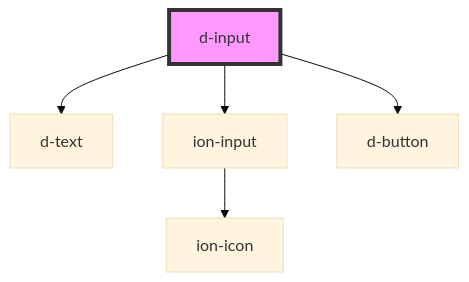
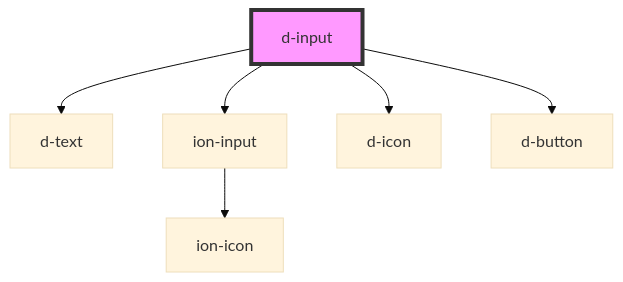
The diagram in src/components/input/readme.md (ForkbombEu/didroom-components), drawn with Mermaid (base theme) before and after one commit. The commit also changed other lines of this file and 12 other files, not shown here.

````diff
--- a/src/components/input/readme.md
+++ b/src/components/input/readme.md
@@ -42,8 +43,9 @@
 ```mermaid
 graph TD;
   d-input --> d-text
   d-input --> ion-input
+  d-input --> d-icon
   d-input --> d-button
   ion-input --> ion-icon
   style d-input fill:#f9f,stroke:#333,stroke-width:4px
 ```
````
